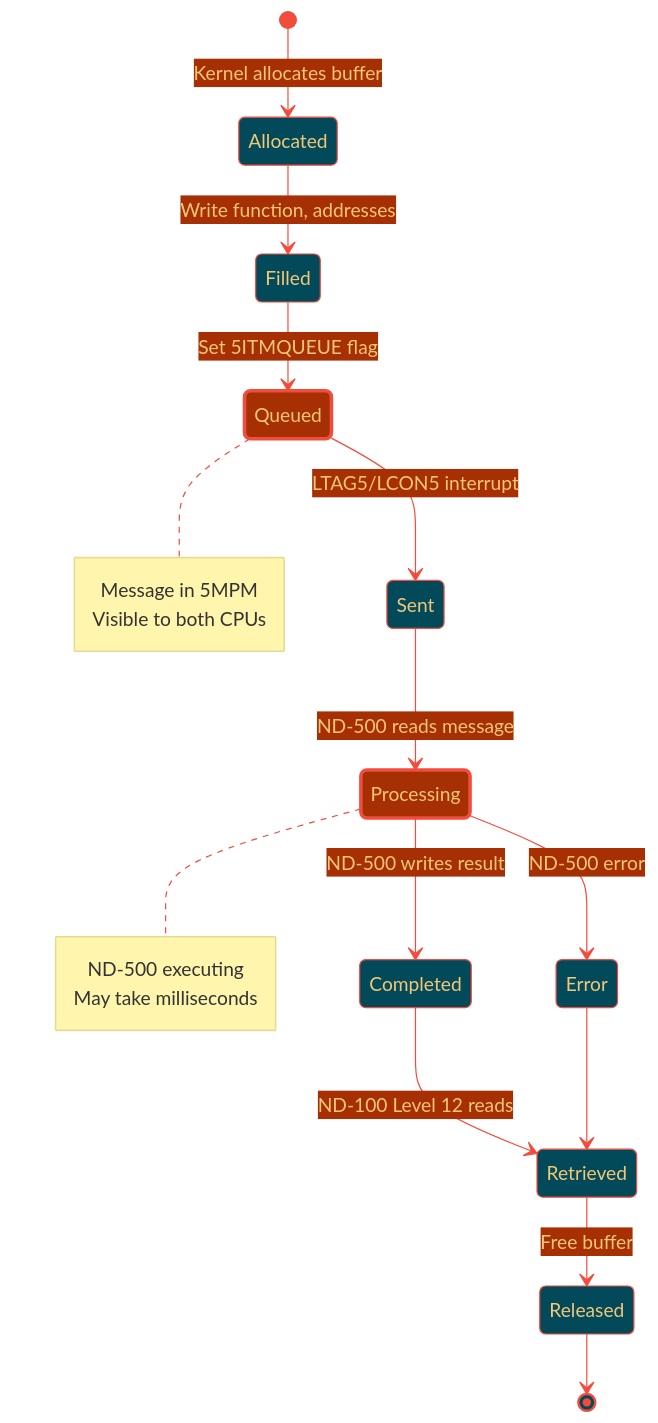
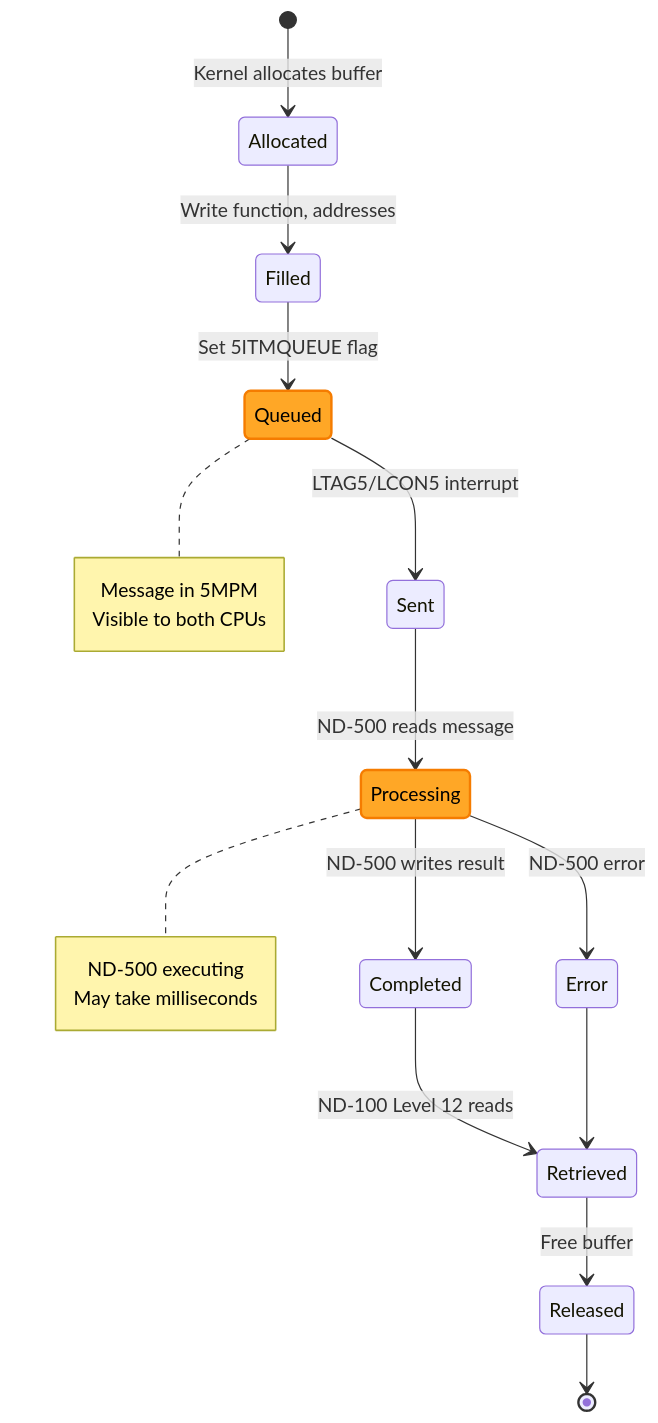
The third of 3 diagrams in SINTRAN/OS/06-MULTIPORT-MEMORY-PART2.md (HackerCorpLabs/NDInsight), drawn with Mermaid before and after one commit. The commit also changed other lines of this file and 19 other files, not shown here.

Commit message:
Updated Mermaid diagrams

````diff
--- a/SINTRAN/OS/06-MULTIPORT-MEMORY-PART2.md
+++ b/SINTRAN/OS/06-MULTIPORT-MEMORY-PART2.md
@@ -183,29 +179,28 @@
 ```mermaid
-%%{init: {'theme':'base', 'themeVariables': {'primaryColor':'#024959','primaryTextColor':'#F2C777','primaryBorderColor':'#F24C3D','lineColor':'#F24C3D','secondaryColor':'#A62F03','tertiaryColor':'#F2E8C6'}}}%%
 stateDiagram-v2
     [*] --> Allocated: Kernel allocates buffer
     Allocated --> Filled: Write function, addresses
     Filled --> Queued: Set 5ITMQUEUE flag
     Queued --> Sent: LTAG5/LCON5 interrupt
     Sent --> Processing: ND-500 reads message
     Processing --> Completed: ND-500 writes result
     Completed --> Retrieved: ND-100 Level 12 reads
     Retrieved --> Released: Free buffer
     Released --> [*]
-    
+
     Processing --> Error: ND-500 error
     Error --> Retrieved
-    
+
     note right of Queued
         Message in 5MPM
         Visible to both CPUs
     end note
-    
+
     note right of Processing
         ND-500 executing
         May take milliseconds
     end note
-    
-    style Queued fill:#A62F03,stroke:#F24C3D,stroke-width:3px,color:#F2C777
-    style Processing fill:#A62F03,stroke:#F24C3D,stroke-width:3px,color:#F2C777
+
+    classDef activeState fill:#FFA726,stroke:#F57C00,stroke-width:2px,color:#000
+    class Queued,Processing activeState
 ```
````
